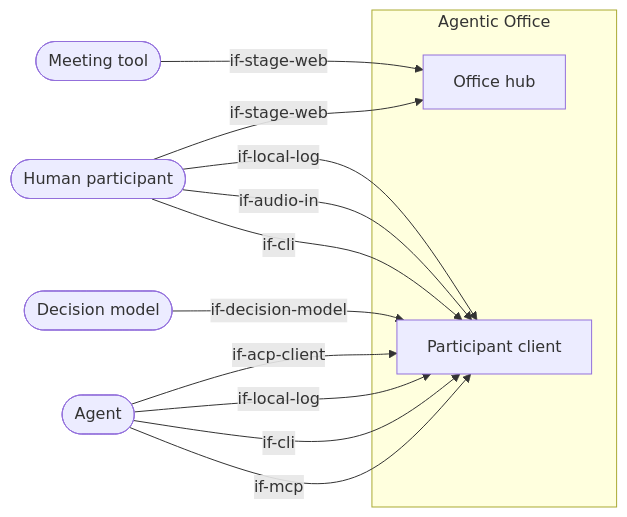
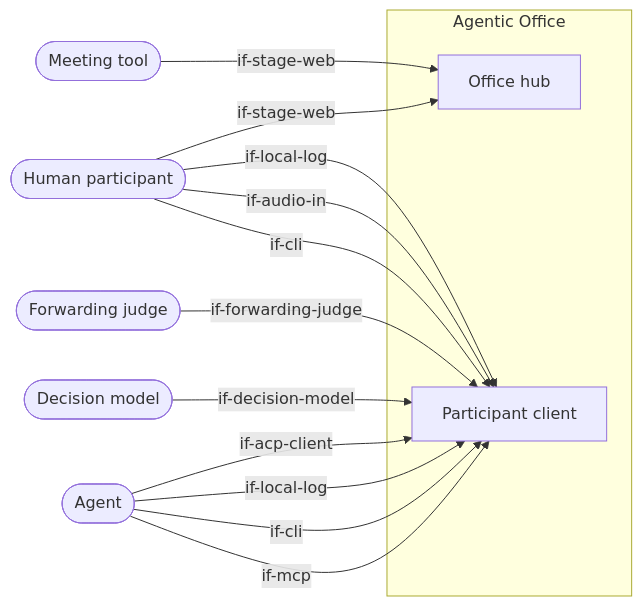
The diagram in docs/architecture/03-system-context.arc42.md (mrsimpson/agentic-office), drawn with Mermaid before and after one commit. The commit also changed other lines of this file and 31 other files, not shown here.

````diff
--- a/docs/architecture/03-system-context.arc42.md
+++ b/docs/architecture/03-system-context.arc42.md
@@ -19,21 +20,23 @@
 ```mermaid
 flowchart LR
     actor_agent([Agent])
     actor_decision_model([Decision model])
+    actor_forwarding_judge([Forwarding judge])
     actor_human([Human participant])
     actor_meeting_tool([Meeting tool])
     subgraph office [Agentic Office]
         bb_office_hub[Office hub]
         bb_participant_client[Participant client]
     end
     actor_agent -->|if-mcp| bb_participant_client
     actor_agent -->|if-cli| bb_participant_client
     actor_agent -->|if-local-log| bb_participant_client
     actor_agent -->|if-acp-client| bb_participant_client
     actor_decision_model -->|if-decision-model| bb_participant_client
+    actor_forwarding_judge -->|if-forwarding-judge| bb_participant_client
     actor_human -->|if-cli| bb_participant_client
     actor_human -->|if-audio-in| bb_participant_client
     actor_human -->|if-local-log| bb_participant_client
     actor_human -->|if-stage-web| bb_office_hub
     actor_meeting_tool -->|if-stage-web| bb_office_hub
 ```
````
